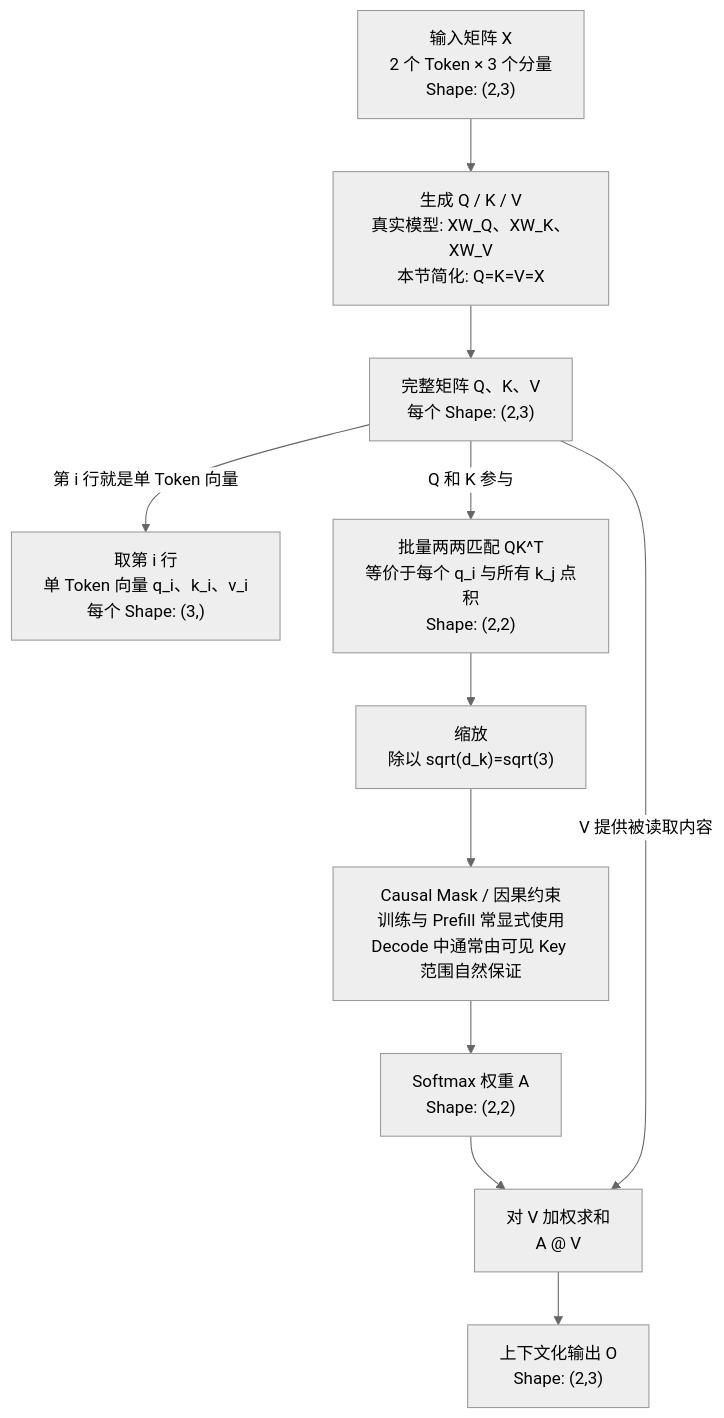
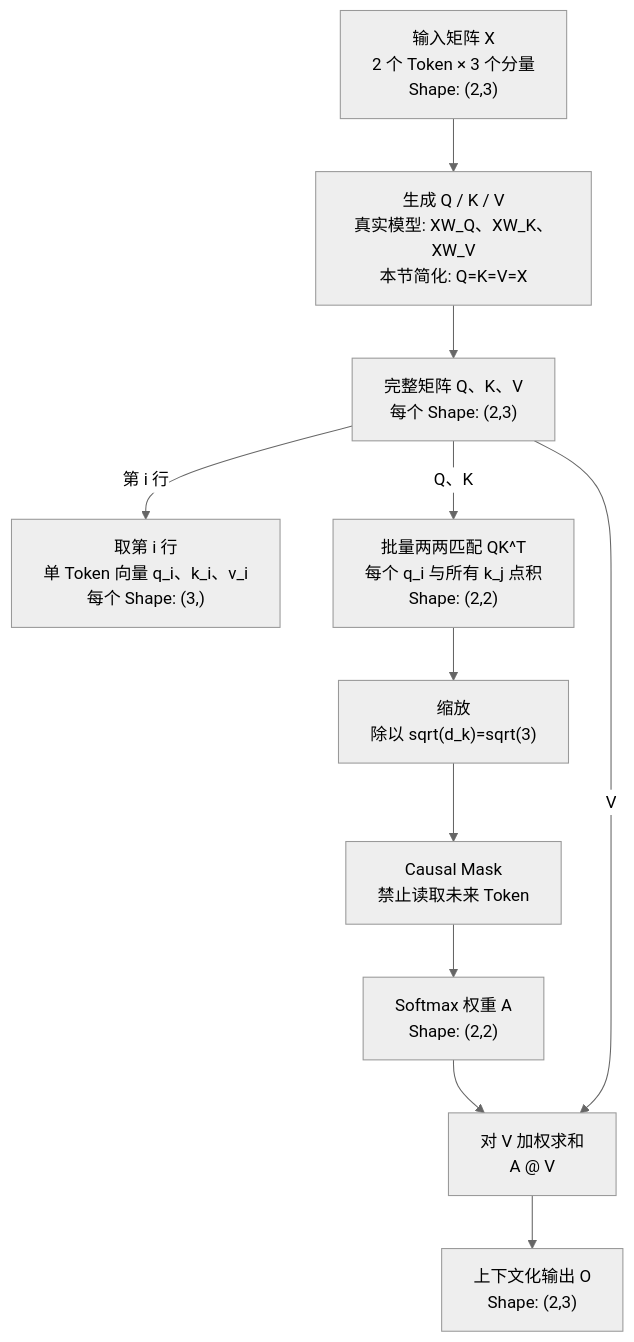
Before and after one commit to wobushixiaoj/agent-learning: the diagram in lessons/transformer/day02-self-attention/OUTPUT.md, drawn with Mermaid (neutral theme). The commit also changed other lines of this file and 4 other files, not shown here.

````diff
--- a/lessons/transformer/day02-self-attention/OUTPUT.md
+++ b/lessons/transformer/day02-self-attention/OUTPUT.md
@@ -35,18 +31,18 @@
 ```mermaid
 flowchart TD
     X["输入矩阵 X<br/>2 个 Token × 3 个分量<br/>Shape: (2,3)"]
     P["生成 Q / K / V<br/>真实模型: XW_Q、XW_K、XW_V<br/>本节简化: Q=K=V=X"]
     M["完整矩阵 Q、K、V<br/>每个 Shape: (2,3)"]
     R["取第 i 行<br/>单 Token 向量 q_i、k_i、v_i<br/>每个 Shape: (3,)"]
-    S["批量两两匹配 QK^T<br/>等价于每个 q_i 与所有 k_j 点积<br/>Shape: (2,2)"]
+    S["批量两两匹配 QK^T<br/>每个 q_i 与所有 k_j 点积<br/>Shape: (2,2)"]
     D["缩放<br/>除以 sqrt(d_k)=sqrt(3)"]
-    C["Causal Mask / 因果约束<br/>训练与 Prefill 常显式使用<br/>Decode 中通常由可见 Key 范围自然保证"]
+    C["Causal Mask<br/>禁止读取未来 Token"]
     A["Softmax 权重 A<br/>Shape: (2,2)"]
     W["对 V 加权求和<br/>A @ V"]
     O["上下文化输出 O<br/>Shape: (2,3)"]
     X --> P --> M
-    M -->|"第 i 行就是单 Token 向量"| R
-    M -->|"Q 和 K 参与"| S
+    M -->|"第 i 行"| R
+    M -->|"Q、K"| S
     S --> D --> C --> A --> W --> O
-    M -->|"V 提供被读取内容"| W
+    M -->|"V"| W
 ```
````
